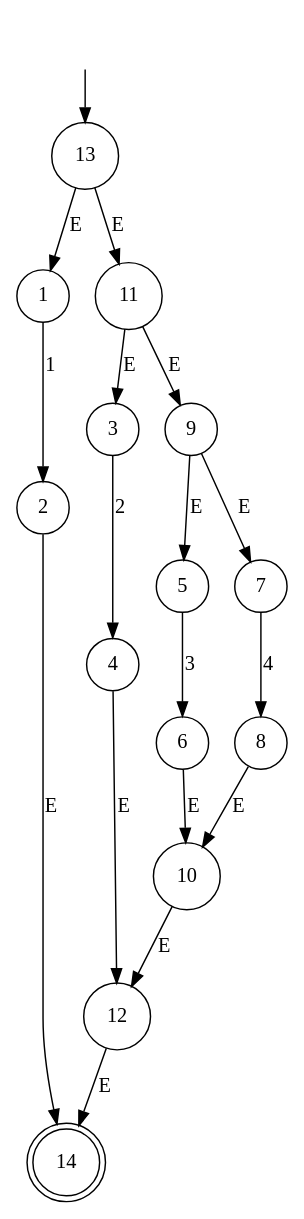
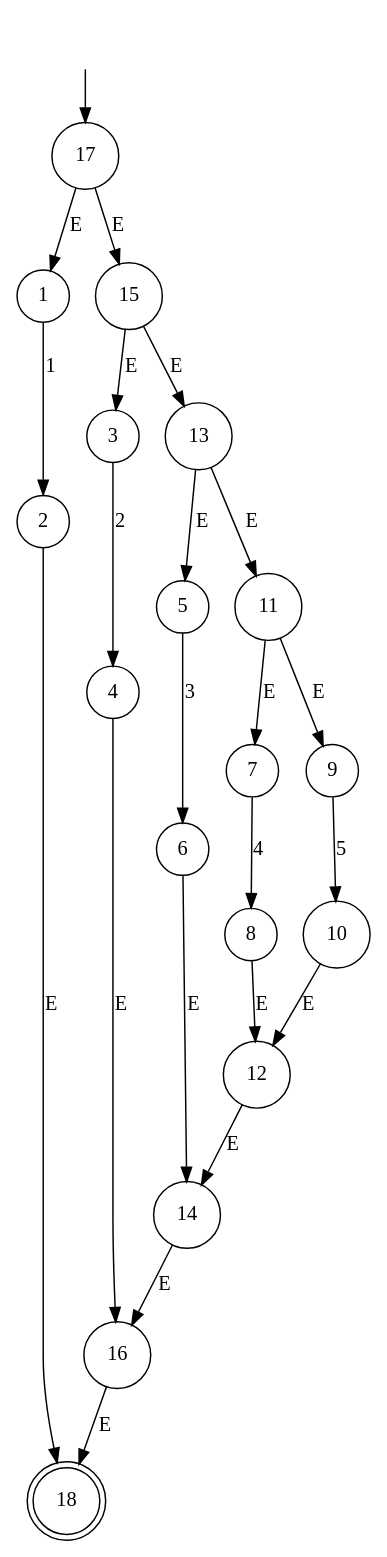
Before and after one commit to ihewro/qt-lexical-analyzer: the diagram in dots/nfa.dot, drawn with Graphviz. The commit also changed 10 other files, not shown here.

```diff
--- a/dots/nfa.dot
+++ b/dots/nfa.dot
@@ -1,35 +1,44 @@
 digraph G{
     ""[shape=none]
     "1"[shape=circle]
     "2"[shape=circle]
     "3"[shape=circle]
     "4"[shape=circle]
     "5"[shape=circle]
     "6"[shape=circle]
     "7"[shape=circle]
     "8"[shape=circle]
     "9"[shape=circle]
     "10"[shape=circle]
     "11"[shape=circle]
     "12"[shape=circle]
     "13"[shape=circle]
-    "14"[shape=doublecircle]
+    "14"[shape=circle]
+    "15"[shape=circle]
+    "16"[shape=circle]
+    "17"[shape=circle]
+    "18"[shape=doublecircle]
 
-    ""->"13"
+    ""->"17"
     "1" -> 2[label="1"]
-    "2" -> 14[label="E"]
+    "2" -> 18[label="E"]
     "3" -> 4[label="2"]
-    "4" -> 12[label="E"]
+    "4" -> 16[label="E"]
     "5" -> 6[label="3"]
-    "6" -> 10[label="E"]
+    "6" -> 14[label="E"]
     "7" -> 8[label="4"]
-    "8" -> 10[label="E"]
-    "9" -> 5[label="E"]
-    "9" -> 7[label="E"]
+    "8" -> 12[label="E"]
+    "9" -> 10[label="5"]
     "10" -> 12[label="E"]
-    "11" -> 3[label="E"]
+    "11" -> 7[label="E"]
     "11" -> 9[label="E"]
     "12" -> 14[label="E"]
-    "13" -> 1[label="E"]
+    "13" -> 5[label="E"]
     "13" -> 11[label="E"]
+    "14" -> 16[label="E"]
+    "15" -> 3[label="E"]
+    "15" -> 13[label="E"]
+    "16" -> 18[label="E"]
+    "17" -> 1[label="E"]
+    "17" -> 15[label="E"]
 }
```
